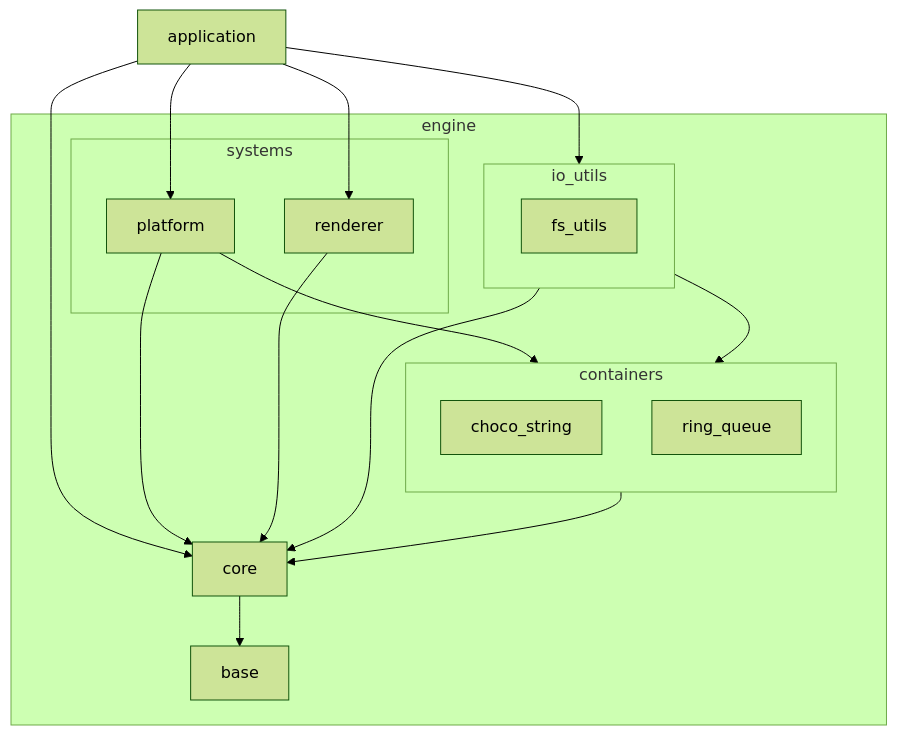
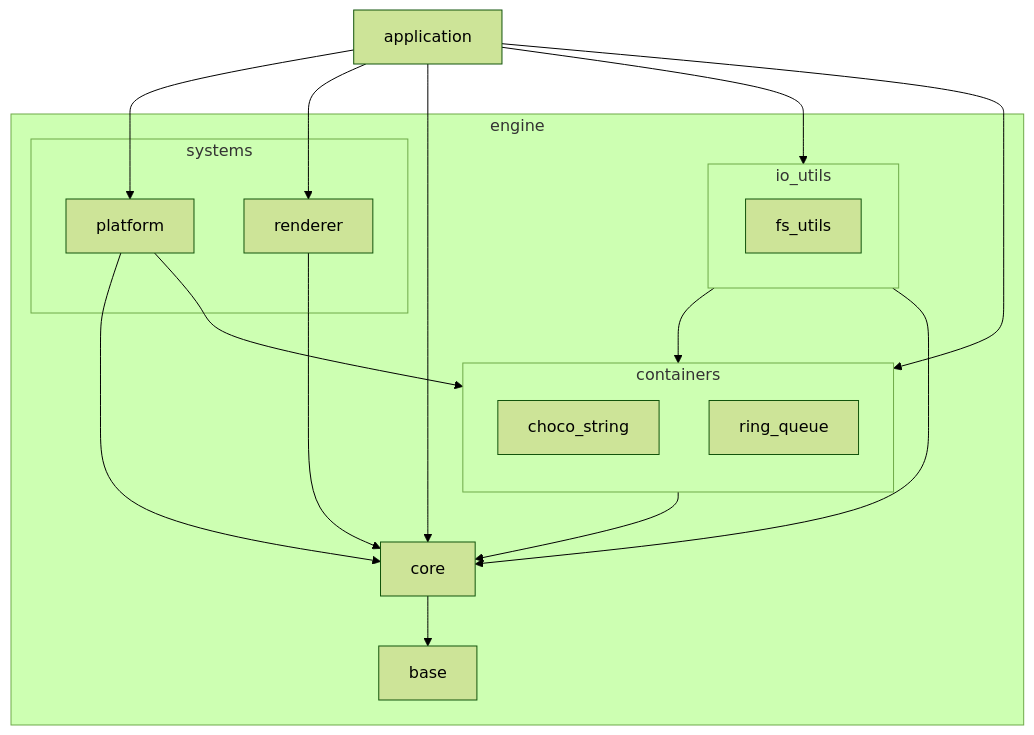
The first of 3 diagrams in docs/layer.md (chocolate-pie24/gl_choco_engine), drawn with Mermaid (forest theme) before and after one commit. The commit also changed other lines of this file, not shown here.

````diff
--- a/docs/layer.md
+++ b/docs/layer.md
@@ -28,40 +28,41 @@
 ```mermaid
 graph TD
   APPLICATION[application]
 
   subgraph ENGINE[engine]
     subgraph SYSTEMS[systems]
       PLATFORM[platform]
       RENDERER[renderer]
     end
 
     subgraph IO_UTILS[io_utils]
       FS_UTILS[fs_utils]
     end
 
     subgraph CONTAINERS[containers]
       direction TB
       CHOCO_STRING[choco_string]
       RING_QUEUE[ring_queue]
     end
 
     CORE[core]
     BASE[base]
   end
 
   APPLICATION --> PLATFORM
   APPLICATION --> RENDERER
   APPLICATION --> IO_UTILS
   APPLICATION --> CORE
+  APPLICATION --> CONTAINERS
 
   PLATFORM --> CONTAINERS
   PLATFORM --> CORE
   RENDERER --> CORE
 
   IO_UTILS --> CONTAINERS
   IO_UTILS --> CORE
 
   CONTAINERS --> CORE
 
   CORE --> BASE
 ```
````
